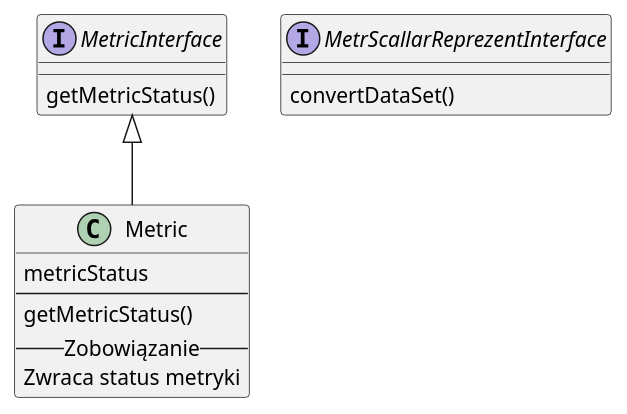
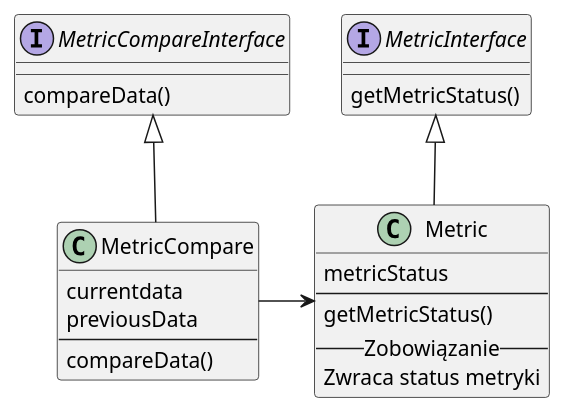
One commit to marekz/metric_test changed the diagram in DOC/Metric_05.puml. Above: the diagram before and after it, drawn with PlantUML.

Commit message:
Nowa wersja uml-a

```diff
--- a/DOC/Metric_05.puml
+++ b/DOC/Metric_05.puml
@@ -1,21 +1,32 @@
 @startuml
 
 interface MetricInterface {
     getMetricStatus()
 }
 
 class Metric {
     metricStatus
 --
     getMetricStatus()
 -- Zobowiązanie --
 Zwraca status metryki
 }
 
 Metric -up-|> MetricInterface
 
-interface MetrScallarReprezentInterface {
-convertDataSet()
+interface MetricCompareInterface {
+compareData()
 }
 
+class MetricCompare {
+currentdata
+previousData
+--
+compareData()
+}
+
+MetricCompare -up-|> MetricCompareInterface
+
+MetricCompare -right-> Metric
+
 @enduml
```
